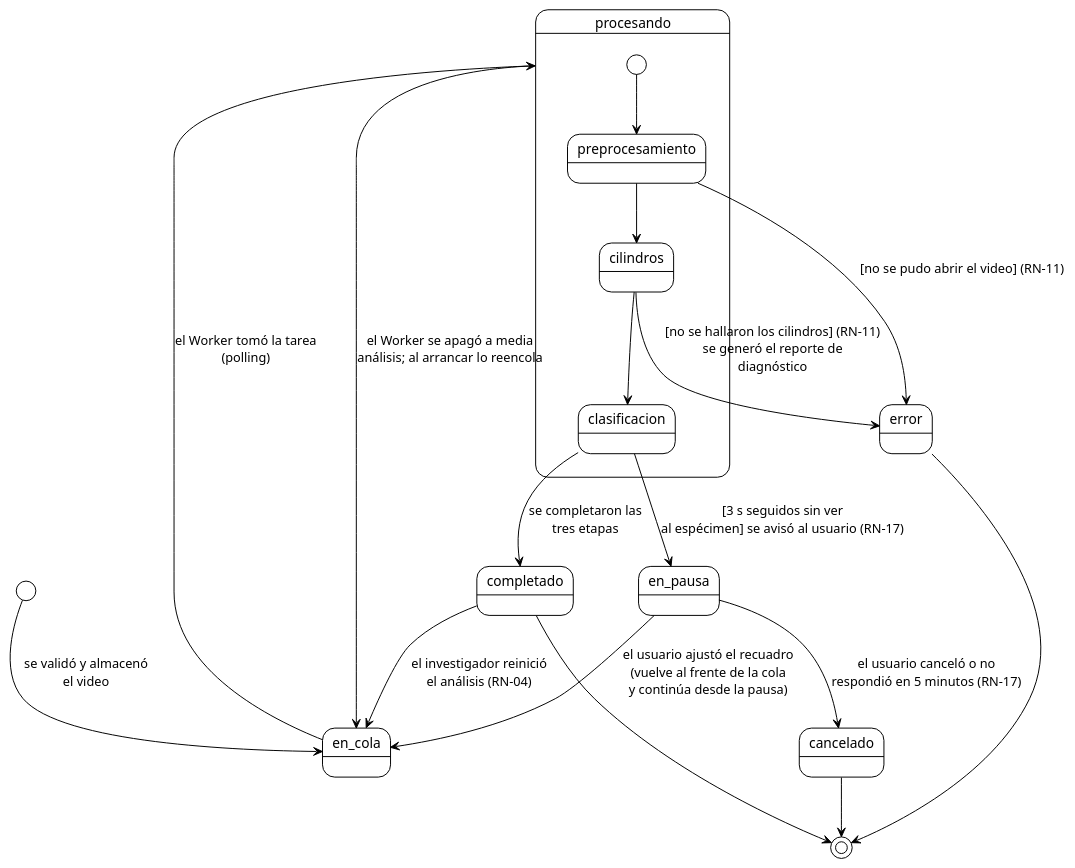
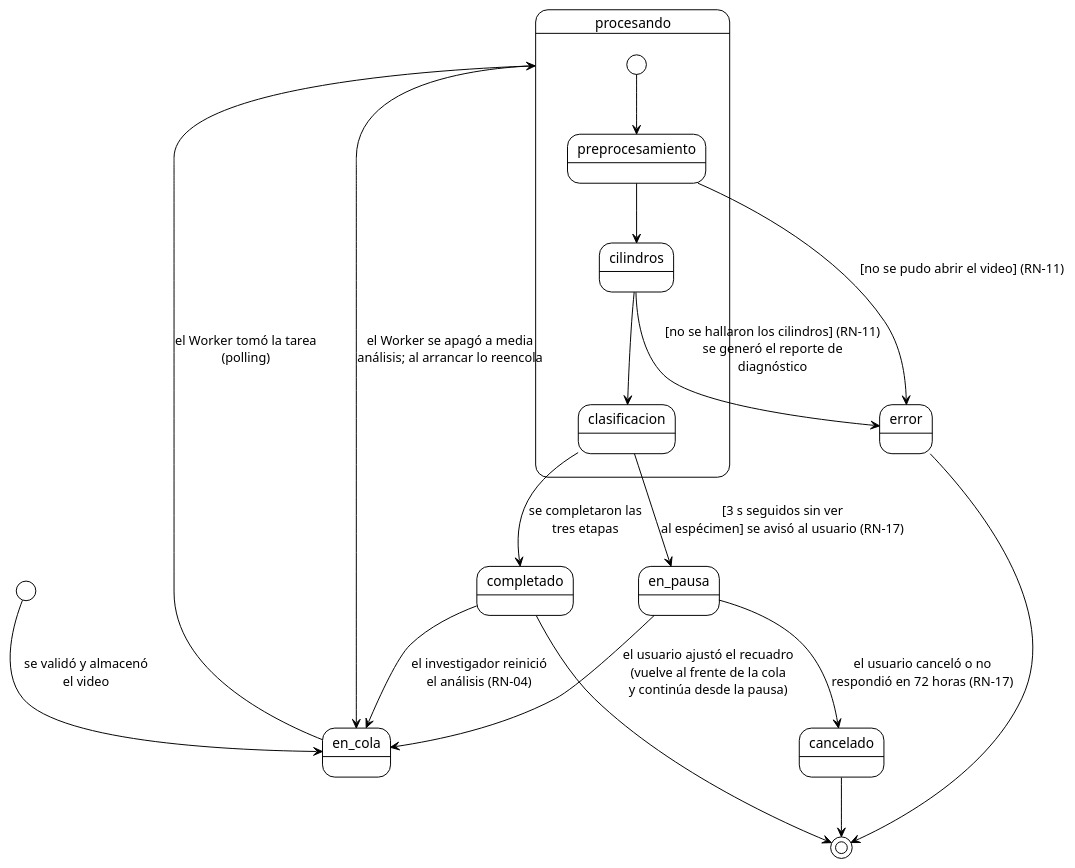
One commit to ErickJester/fst-ai-system-latex changed diagram 14 of 40 in INSTRUCCIONES-WEB.md. Above: the diagram before and after it, drawn with PlantUML. The commit also changed other lines of this file and 34 other files, not shown here.

First line of the commit message:
Pausa de 72 horas sin guardar el motivo de cancelacion (D-112), boton No se ve en la revision (D-113), D-107 confirmada e imagenes regeneradas

````diff
--- a/INSTRUCCIONES-WEB.md
+++ b/INSTRUCCIONES-WEB.md
@@ -2072,25 +2075,25 @@
 ```plantuml
 @startuml estados_analisis
 !theme plain
 skinparam defaultFontName Arial
 skinparam shadowing false
 [*] --> en_cola : se validó y almacenó\nel video
 state procesando {
   [*] --> preprocesamiento
   preprocesamiento --> cilindros
   cilindros --> clasificacion
 }
 en_cola --> procesando : el Worker tomó la tarea\n(polling)
 preprocesamiento --> error : [no se pudo abrir el video] (RN-11)
 cilindros --> error : [no se hallaron los cilindros] (RN-11)\nse generó el reporte de\ndiagnóstico
 clasificacion --> completado : se completaron las\ntres etapas
 clasificacion --> en_pausa : [3 s seguidos sin ver\nal espécimen] se avisó al usuario (RN-17)
 en_pausa --> en_cola : el usuario ajustó el recuadro\n(vuelve al frente de la cola\ny continúa desde la pausa)
-en_pausa --> cancelado : el usuario canceló o no\nrespondió en 5 minutos (RN-17)
+en_pausa --> cancelado : el usuario canceló o no\nrespondió en 72 horas (RN-17)
 procesando --> en_cola : el Worker se apagó a media\nanálisis; al arrancar lo reencola
 completado --> en_cola : el investigador reinició\nel análisis (RN-04)
 completado --> [*]
 error --> [*]
 cancelado --> [*]
 @enduml
 ```
````
